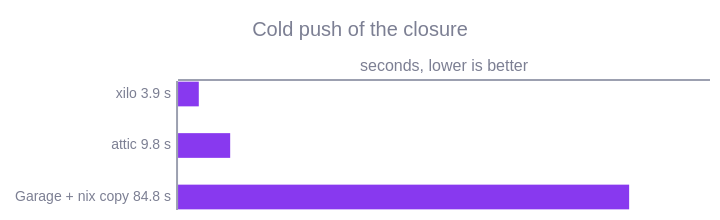
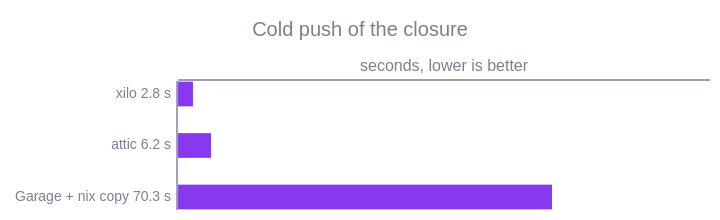
One commit to stubbedev/xilo changed the fifth of 8 diagrams in README.md. Above: the diagram before and after it, drawn with Mermaid. The commit also changed other lines of this file and 2 other files, not shown here.

````diff
--- a/README.md
+++ b/README.md
@@ -144,8 +144,8 @@
 ```mermaid
 %%{init: {"theme": "base", "themeVariables": {"xyChart": {"backgroundColor": "transparent", "titleColor": "#7c7f93", "xAxisLabelColor": "#7c7f93", "xAxisTitleColor": "#7c7f93", "xAxisLineColor": "#9ca0b0", "yAxisTitleColor": "#7c7f93", "yAxisLineColor": "#9ca0b0", "plotColorPalette": "#8839ef"}}, "xyChart": {"height": 200, "yAxis": {"showLabel": false, "showTick": false}, "xAxis": {"showTick": false}}}}%%
 xychart-beta horizontal
     title "Cold push of the closure"
-    x-axis ["xilo  3.9 s", "attic  9.8 s", "Garage + nix copy  84.8 s"]
+    x-axis ["xilo  2.8 s", "attic  6.2 s", "Garage + nix copy  70.3 s"]
     y-axis "seconds, lower is better" 0 --> 100
-    bar [3.9, 9.8, 84.8]
+    bar [2.8, 6.2, 70.3]
 ```
````
